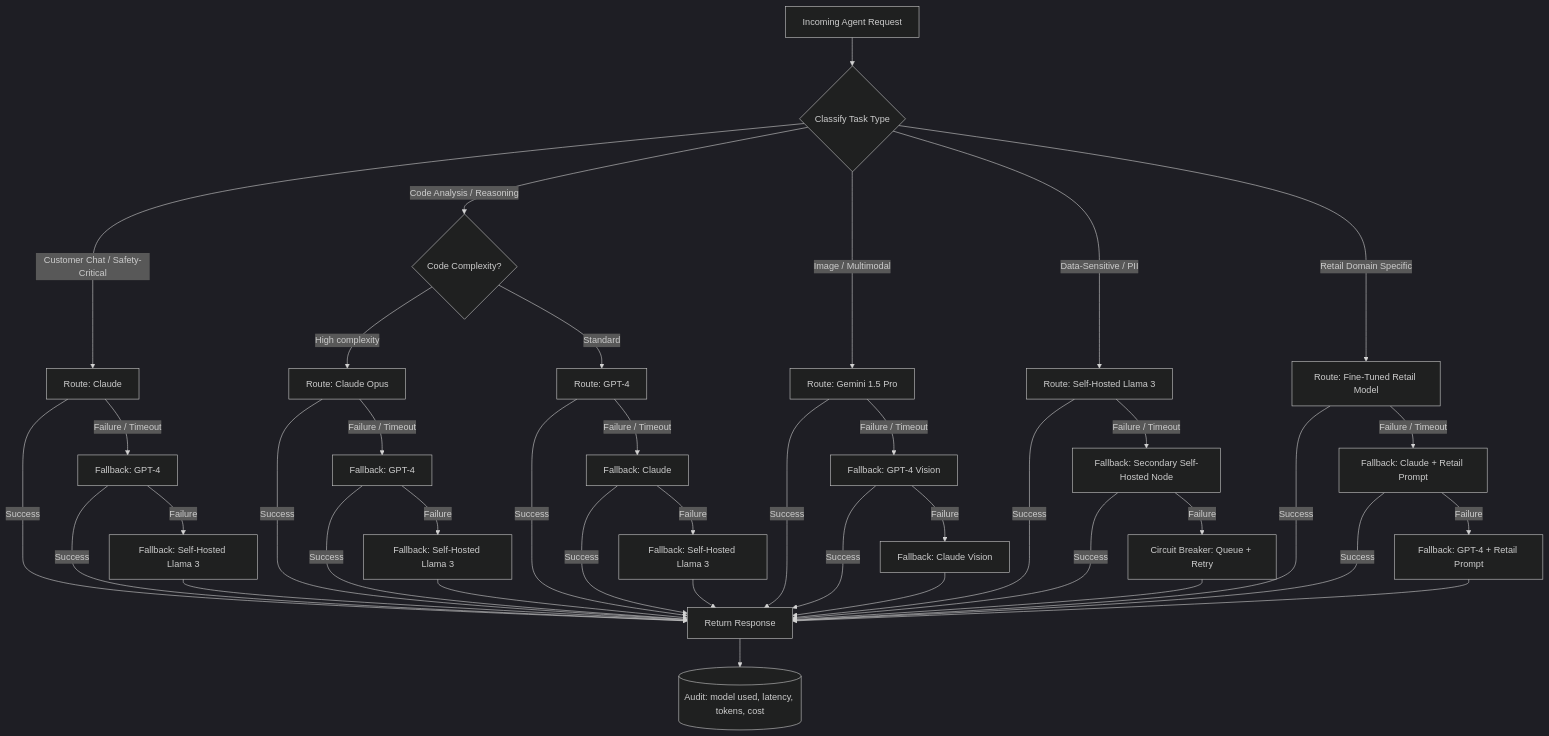
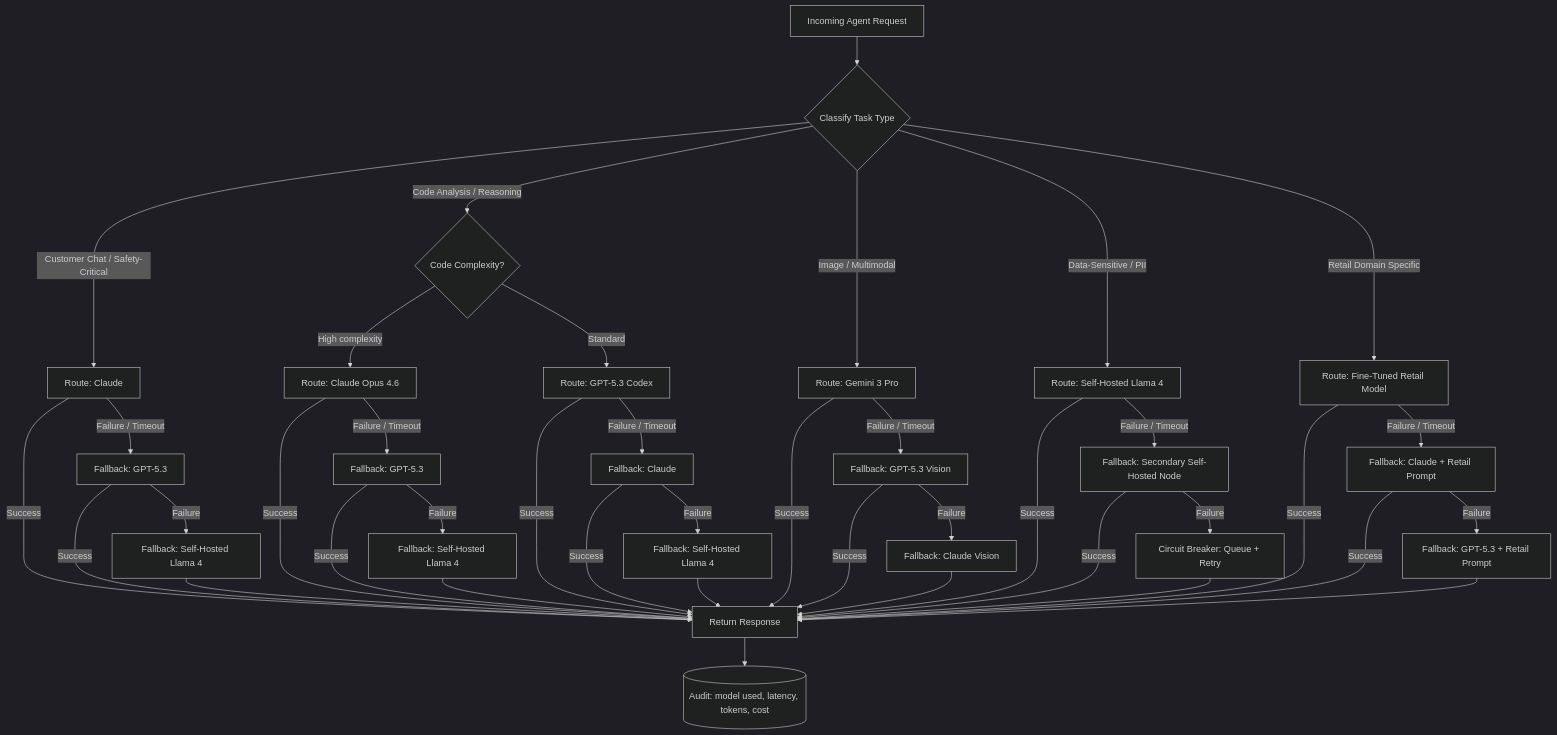
Before and after one commit to bcraavi/godseye: the second of 5 diagrams in docs/architecture/ai-engine.md, drawn with Mermaid (dark theme). The commit also changed other lines of this file and 4 other files, not shown here.

````diff
--- a/docs/architecture/ai-engine.md
+++ b/docs/architecture/ai-engine.md
@@ -106,51 +106,51 @@
 ```mermaid
 flowchart TD
     REQ[Incoming Agent Request] --> CLASSIFY{Classify Task Type}
 
     CLASSIFY -->|Customer Chat / Safety-Critical| R_CLAUDE[Route: Claude]
     CLASSIFY -->|Code Analysis / Reasoning| R_CODE{Code Complexity?}
-    CLASSIFY -->|Image / Multimodal| R_GEMINI[Route: Gemini 1.5 Pro]
-    CLASSIFY -->|Data-Sensitive / PII| R_SELF[Route: Self-Hosted Llama 3]
+    CLASSIFY -->|Image / Multimodal| R_GEMINI[Route: Gemini 3 Pro]
+    CLASSIFY -->|Data-Sensitive / PII| R_SELF[Route: Self-Hosted Llama 4]
     CLASSIFY -->|Retail Domain Specific| R_FINE[Route: Fine-Tuned Retail Model]
 
-    R_CODE -->|High complexity| R_CLAUDE_CODE[Route: Claude Opus]
-    R_CODE -->|Standard| R_GPT4[Route: GPT-4]
+    R_CODE -->|High complexity| R_CLAUDE_CODE[Route: Claude Opus 4.6]
+    R_CODE -->|Standard| R_GPT4[Route: GPT-5.3 Codex]
 
     R_CLAUDE -->|Success| RESP[Return Response]
-    R_CLAUDE -->|Failure / Timeout| FB1[Fallback: GPT-4]
+    R_CLAUDE -->|Failure / Timeout| FB1[Fallback: GPT-5.3]
     FB1 -->|Success| RESP
-    FB1 -->|Failure| FB1B[Fallback: Self-Hosted Llama 3]
+    FB1 -->|Failure| FB1B[Fallback: Self-Hosted Llama 4]
     FB1B --> RESP
 
     R_CLAUDE_CODE -->|Success| RESP
-    R_CLAUDE_CODE -->|Failure / Timeout| FB2[Fallback: GPT-4]
+    R_CLAUDE_CODE -->|Failure / Timeout| FB2[Fallback: GPT-5.3]
     FB2 -->|Success| RESP
-    FB2 -->|Failure| FB2B[Fallback: Self-Hosted Llama 3]
+    FB2 -->|Failure| FB2B[Fallback: Self-Hosted Llama 4]
     FB2B --> RESP
 
     R_GPT4 -->|Success| RESP
     R_GPT4 -->|Failure / Timeout| FB3[Fallback: Claude]
     FB3 -->|Success| RESP
-    FB3 -->|Failure| FB3B[Fallback: Self-Hosted Llama 3]
+    FB3 -->|Failure| FB3B[Fallback: Self-Hosted Llama 4]
     FB3B --> RESP
 
     R_GEMINI -->|Success| RESP
-    R_GEMINI -->|Failure / Timeout| FB4[Fallback: GPT-4 Vision]
+    R_GEMINI -->|Failure / Timeout| FB4[Fallback: GPT-5.3 Vision]
     FB4 -->|Success| RESP
     FB4 -->|Failure| FB4B[Fallback: Claude Vision]
     FB4B --> RESP
 
     R_SELF -->|Success| RESP
     R_SELF -->|Failure / Timeout| FB5[Fallback: Secondary Self-Hosted Node]
     FB5 -->|Success| RESP
     FB5 -->|Failure| FB5B[Circuit Breaker: Queue + Retry]
     FB5B --> RESP
 
     R_FINE -->|Success| RESP
     R_FINE -->|Failure / Timeout| FB6[Fallback: Claude + Retail Prompt]
     FB6 -->|Success| RESP
-    FB6 -->|Failure| FB6B[Fallback: GPT-4 + Retail Prompt]
+    FB6 -->|Failure| FB6B[Fallback: GPT-5.3 + Retail Prompt]
     FB6B --> RESP
 
     RESP --> AUDIT[(Audit: model used, latency, tokens, cost)]
 ```
````
